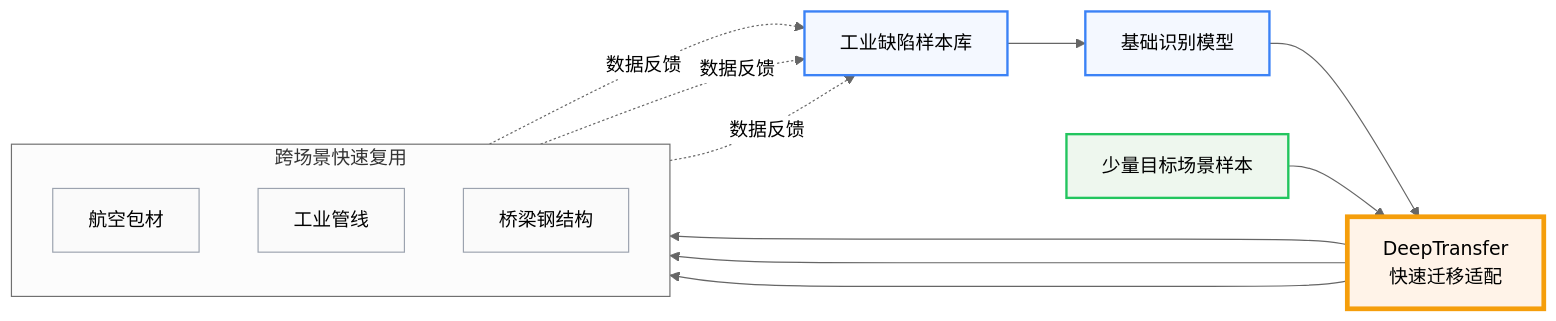
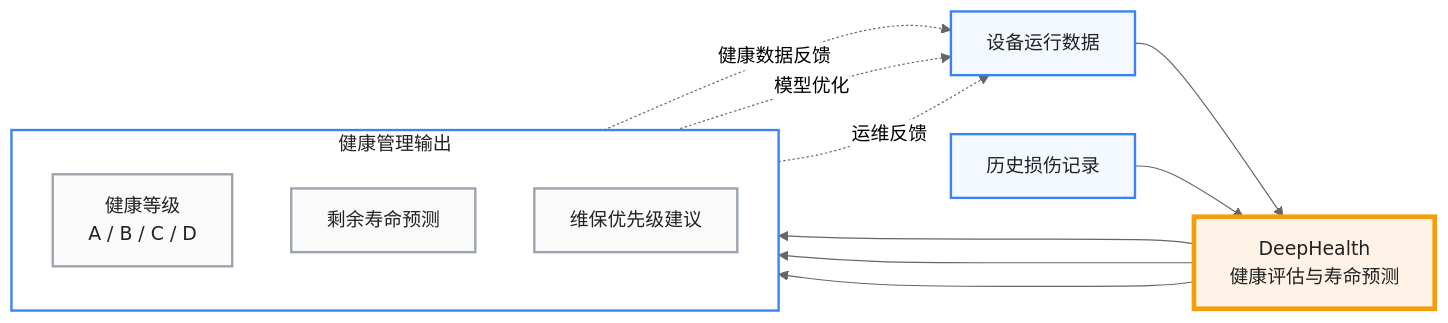
One commit to LGS91/iodraw-files changed the diagram in all/未命名.md. Above: the diagram before and after it, drawn with Mermaid (neutral theme).

Commit message:
2026-07-07 11:06:35 update

````diff
--- a/all/未命名.md
+++ b/all/未命名.md
@@ -1,38 +1,37 @@
 ```mermaid
 flowchart LR
 
-A["工业缺陷样本库"]
-B["基础识别模型"]
-C["DeepTransfer<br/>快速迁移适配"]
-D["少量目标场景样本"]
+A["设备运行数据"]
+B["历史损伤记录"]
 
-subgraph E["跨场景快速复用"]
+C["DeepHealth<br/>健康评估与寿命预测"]
+
+subgraph D["健康管理输出"]
 direction TB
-E1["航空包材"]
-E2["工业管线"]
-E3["桥梁钢结构"]
+D1["健康等级<br/>A / B / C / D"]
+D2["剩余寿命预测"]
+D3["维保优先级建议"]
 end
 
-A --> B
+A --> C
 B --> C
-D --> C
 
-C --> E1
-C --> E2
-C --> E3
+C --> D1
+C --> D2
+C --> D3
 
-E1 -. 数据反馈 .-> A
-E2 -. 数据反馈 .-> A
-E3 -. 数据反馈 .-> A
+D1 -. 健康数据反馈 .-> A
+D2 -. 模型优化 .-> A
+D3 -. 运维反馈 .-> A
 
-style A fill:#F4F8FF,stroke:#3B82F6,stroke-width:2px
-style B fill:#F4F8FF,stroke:#3B82F6,stroke-width:2px
+style A fill:#F4F8FF,stroke:#3B82F6,stroke-width:2px,color:#222
+style B fill:#F4F8FF,stroke:#3B82F6,stroke-width:2px,color:#222
 
-style C fill:#FFF3E8,stroke:#F59E0B,stroke-width:4px
+style C fill:#FFF3E8,stroke:#F59E0B,stroke-width:4px,color:#222
 
-style D fill:#EEF7EE,stroke:#22C55E,stroke-width:2px
+style D1 fill:#FAFAFA,stroke:#9CA3AF,stroke-width:2px,color:#222
+style D2 fill:#FAFAFA,stroke:#9CA3AF,stroke-width:2px,color:#222
+style D3 fill:#FAFAFA,stroke:#9CA3AF,stroke-width:2px,color:#222
 
-style E1 fill:#FAFAFA,stroke:#9CA3AF
-style E2 fill:#FAFAFA,stroke:#9CA3AF
-style E3 fill:#FAFAFA,stroke:#9CA3AF
+style D fill:#FFFFFF,stroke:#3B82F6,stroke-width:2px,color:#222
 ```
````
